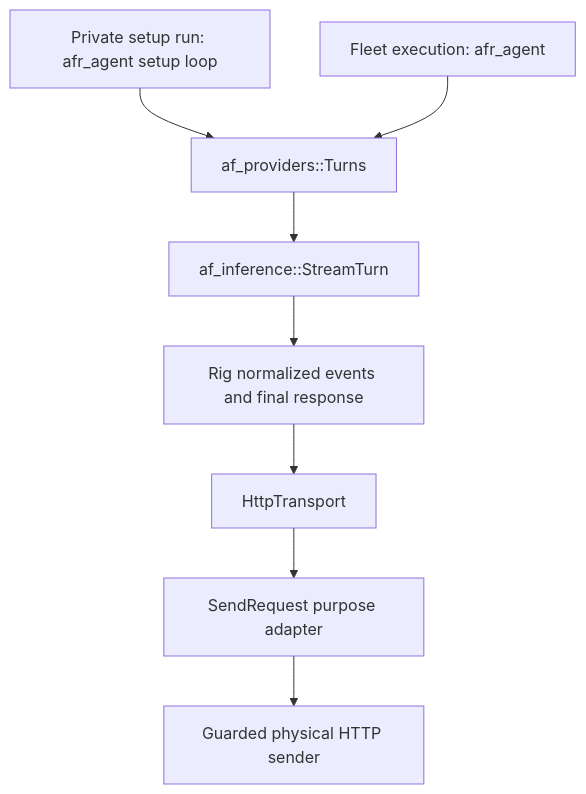
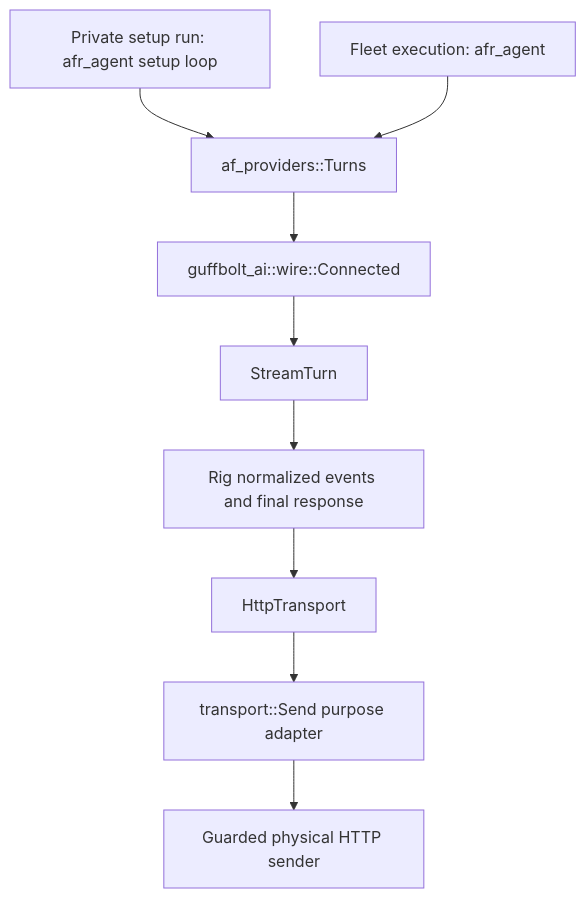
The first of 2 diagrams in docs/architecture/shared_chat_verification.md (agentsfleet/agentsfleet), drawn with Mermaid before and after one commit. The commit also changed other lines of this file and 7 other files, not shown here.

````diff
--- a/docs/architecture/shared_chat_verification.md
+++ b/docs/architecture/shared_chat_verification.md
@@ -26,10 +26,11 @@
 ```mermaid
 flowchart TD
     A[Private setup run: afr_agent setup loop] --> E[af_providers::Turns]
     D[Fleet execution: afr_agent] --> E
-    E --> F[af_inference::StreamTurn]
-    F --> G[Rig normalized events and final response]
+    E --> F[guffbolt_ai::wire::Connected]
+    F --> K[StreamTurn]
+    K --> G[Rig normalized events and final response]
     G --> H[HttpTransport]
-    H --> I[SendRequest purpose adapter]
+    H --> I[transport::Send purpose adapter]
     I --> J[Guarded physical HTTP sender]
 ```
````
